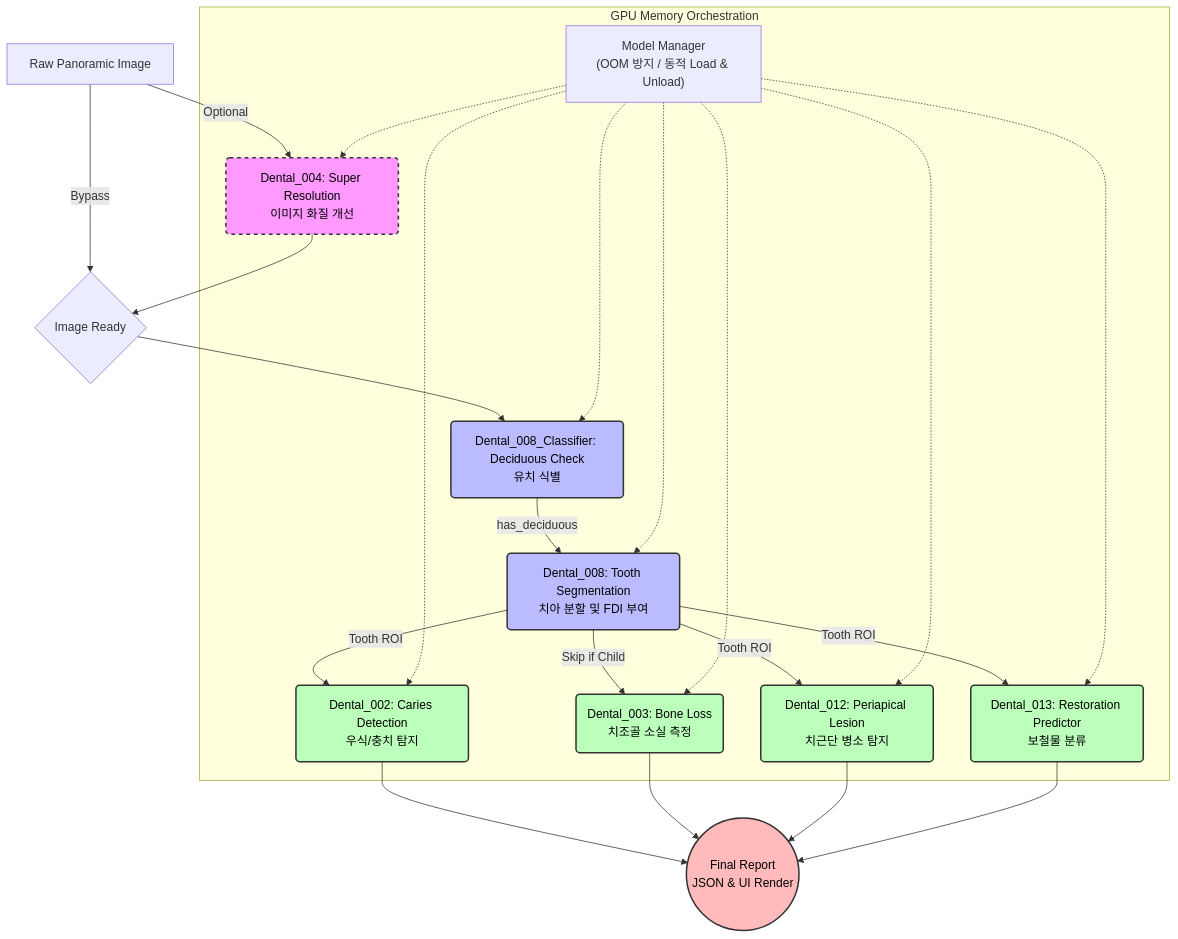
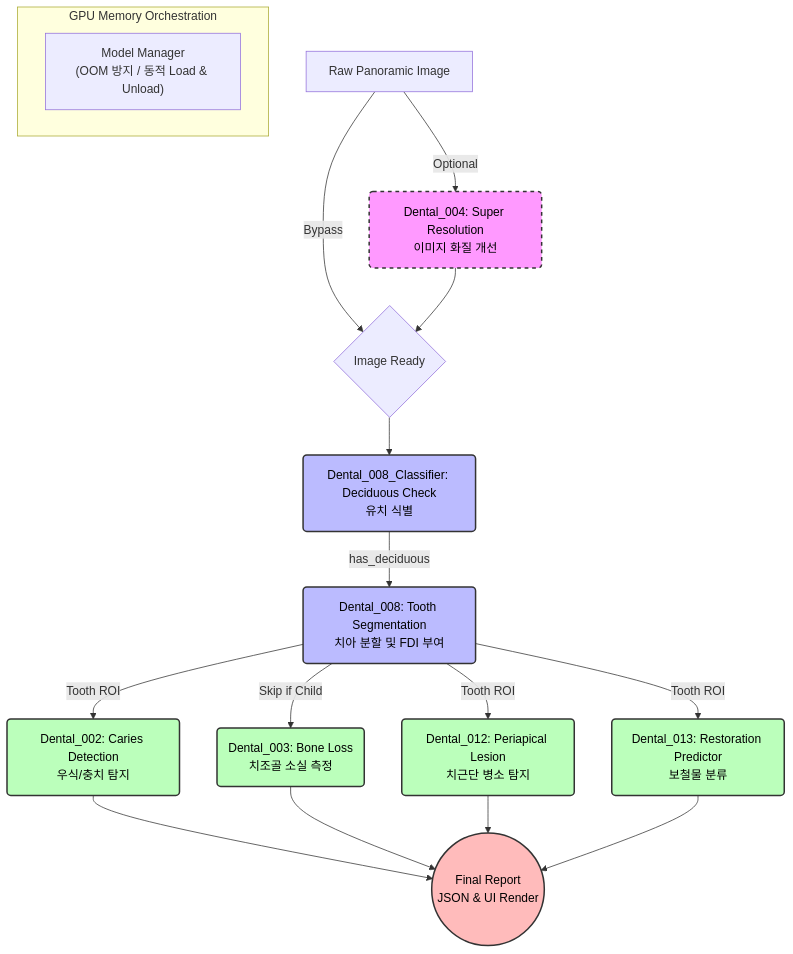
Before and after one commit to HyunchanAn/Dental_Panoramic_Reader: the diagram in README.md, drawn with Mermaid.

Commit message:
docs: remove spaghetti lines from Model Manager for cleaner visual hierarchy

````diff
--- a/README.md
+++ b/README.md
@@ -12,44 +12,38 @@
 ```mermaid
 graph TD
     %% Main Inputs
     Input["Raw Panoramic Image"] --> |Optional| SR("Dental_004: Super Resolution<br/>이미지 화질 개선")
     Input --> |Bypass| MainFlow
     SR --> MainFlow{"Image Ready"}
 
     %% Phase 1 & 2: Global Analysis & Segmentation
     MainFlow --> D8_Class("Dental_008_Classifier: Deciduous Check<br/>유치 식별")
     D8_Class --> |"has_deciduous"| D8_Seg("Dental_008: Tooth Segmentation<br/>치아 분할 및 FDI 부여")
 
     %% Phase 3: Detailed Prediction Modules
     D8_Seg --> |"Tooth ROI"| D2("Dental_002: Caries Detection<br/>우식/충치 탐지")
     D8_Seg --> |"Tooth ROI"| D12("Dental_012: Periapical Lesion<br/>치근단 병소 탐지")
     D8_Seg --> |"Tooth ROI"| D13("Dental_013: Restoration Predictor<br/>보철물 분류")
     D8_Seg --> |"Skip if Child"| D3("Dental_003: Bone Loss<br/>치조골 소실 측정")
 
     %% Post-processing & Output
     D2 --> OutputReport(("Final Report<br/>JSON & UI Render"))
     D3 --> OutputReport
     D12 --> OutputReport
     D13 --> OutputReport
 
     %% Resource Management
     subgraph "GPU Memory Orchestration"
-        MM["Model Manager<br/>(OOM 방지 / 동적 Load & Unload)"] -.-> SR
-        MM -.-> D8_Class
-        MM -.-> D8_Seg
-        MM -.-> D2
-        MM -.-> D3
-        MM -.-> D12
-        MM -.-> D13
+        MM["Model Manager<br/>(OOM 방지 / 동적 Load & Unload)"]
     end
 
     classDef optional fill:#f9f,stroke:#333,stroke-width:2px,stroke-dasharray: 5 5,color:#000;
     classDef core fill:#bbf,stroke:#333,stroke-width:2px,color:#000;
     classDef analysis fill:#bfb,stroke:#333,stroke-width:2px,color:#000;
     classDef output fill:#fbb,stroke:#333,stroke-width:2px,color:#000;
 
     class SR optional;
     class D8_Class,D8_Seg core;
     class D2,D3,D12,D13 analysis;
     class OutputReport output;
 ```
````
